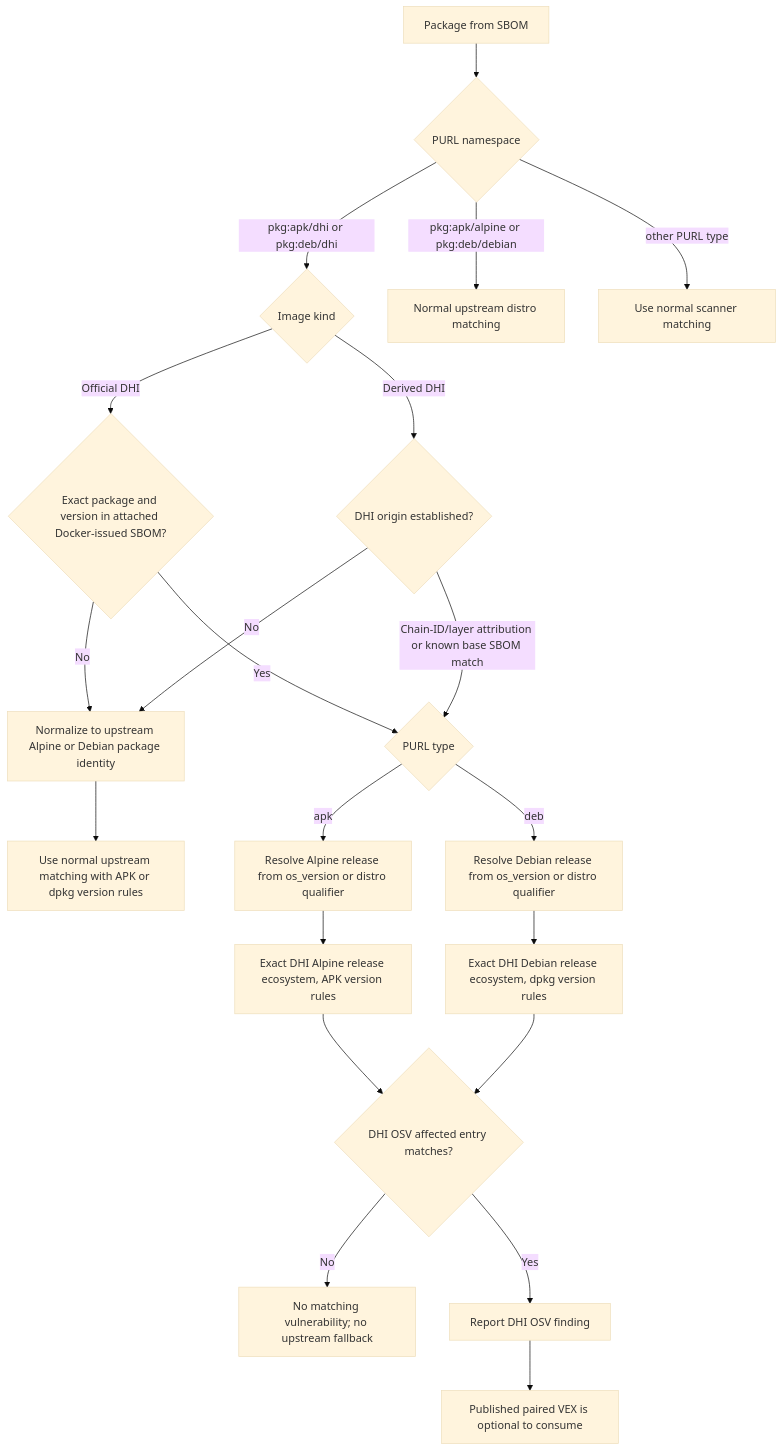
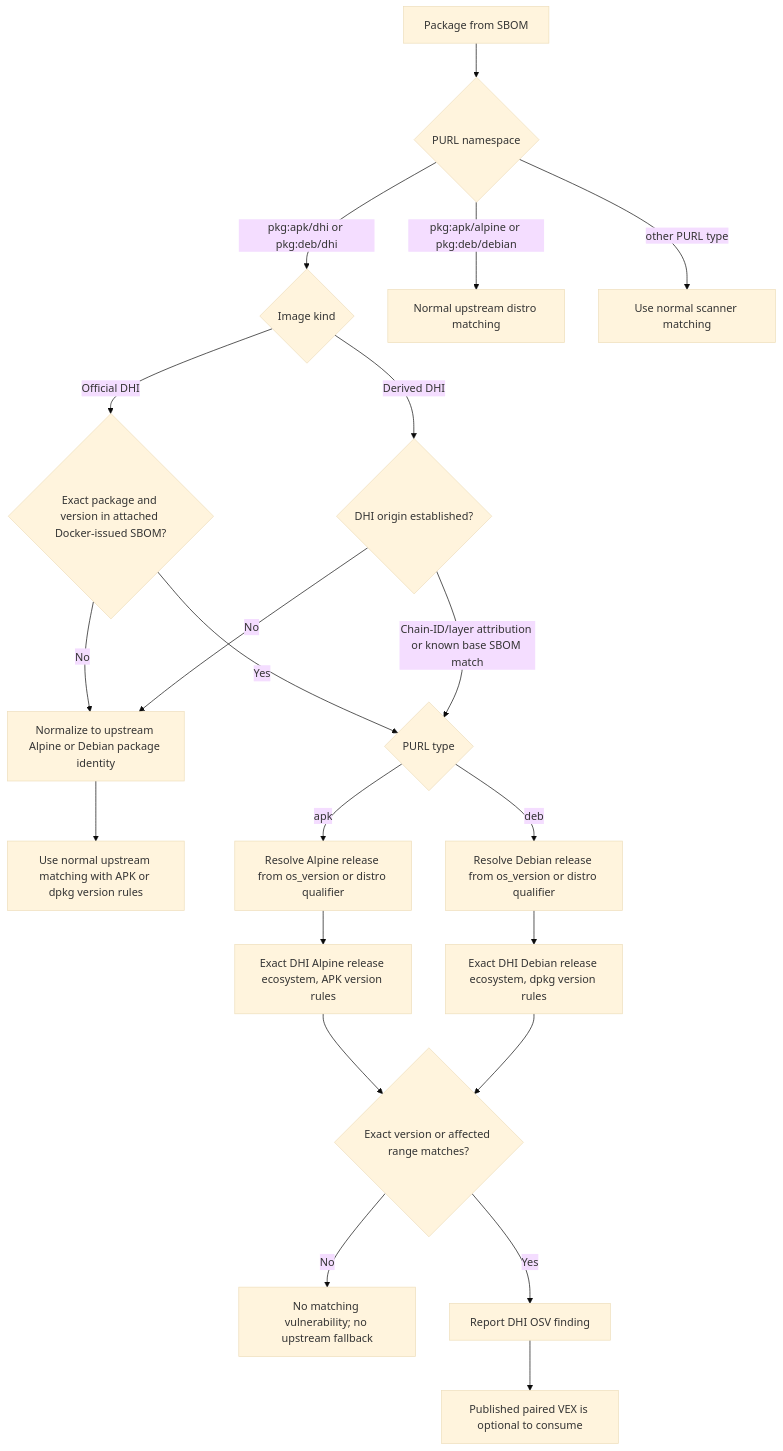
Before and after one commit to docker-hardened-images/advisories: the second of 4 diagrams in integration/upcoming-id-dhi/docs/decision-trees.md, drawn with Mermaid (base theme). The commit also changed other lines of this file and 17 other files, not shown here.

Commit message:
DXT-1196 Align scanner guide with exact OSV versions

````diff
--- a/integration/upcoming-id-dhi/docs/decision-trees.md
+++ b/integration/upcoming-id-dhi/docs/decision-trees.md
@@ -18,23 +18,23 @@
 ```mermaid
 flowchart TD
   A[Package from SBOM] --> B{PURL namespace}
   B -->|pkg:apk/dhi or pkg:deb/dhi| C{Image kind}
   B -->|pkg:apk/alpine or pkg:deb/debian| E[Normal upstream distro matching]
   B -->|other PURL type| F[Use normal scanner matching]
   C -->|Official DHI| M{Exact package and version in attached Docker-issued SBOM?}
   C -->|Derived DHI| N{DHI origin established?}
   M -->|No| J[Normalize to upstream Alpine or Debian package identity]
   M -->|Yes| D{PURL type}
   N -->|No| J
   N -->|Chain-ID/layer attribution or known base SBOM match| D
   J --> R[Use normal upstream matching with APK or dpkg version rules]
   D -->|apk| K[Resolve Alpine release from os_version or distro qualifier]
   D -->|deb| L[Resolve Debian release from os_version or distro qualifier]
   K --> G[Exact DHI Alpine release ecosystem, APK version rules]
   L --> H[Exact DHI Debian release ecosystem, dpkg version rules]
-  G --> O{DHI OSV affected entry matches?}
+  G --> O{Exact version or affected range matches?}
   H --> O
   O -->|No| P[No matching vulnerability; no upstream fallback]
   O -->|Yes| I[Report DHI OSV finding]
   I --> Q[Published paired VEX is optional to consume]
 ```
````
